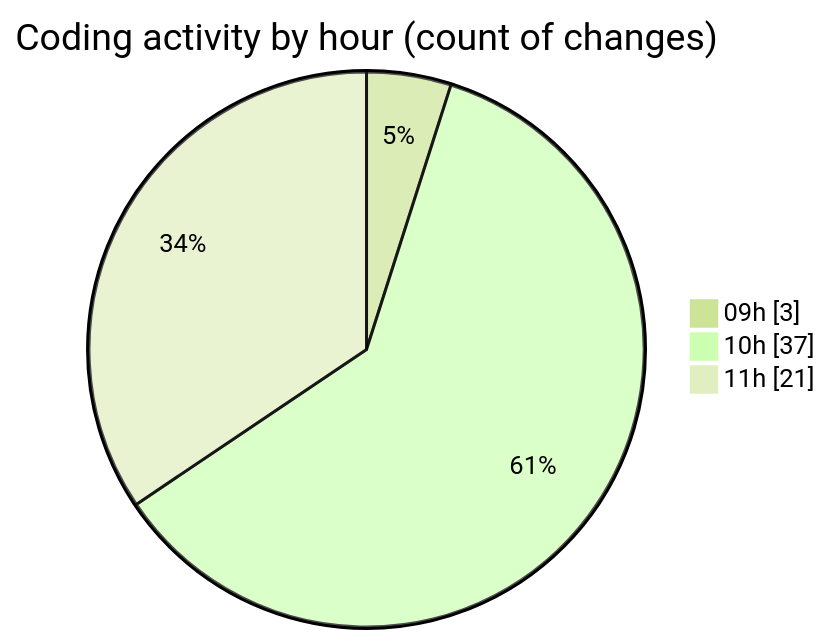
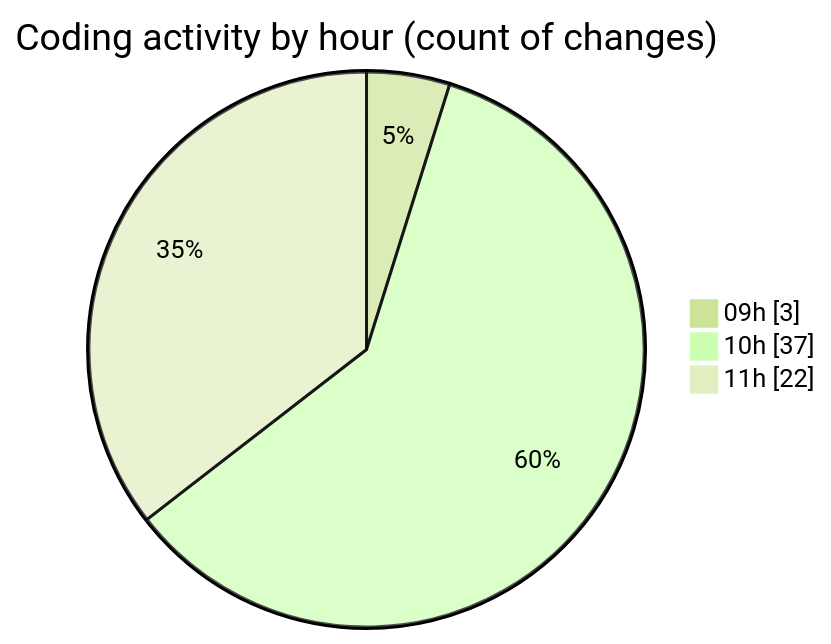
The second of 2 diagrams in 2025-05-02/ecodeli/README.md (CELIANVF/code-tracking), drawn with Mermaid (forest theme) before and after one commit. The commit also changed other lines of this file and 1 other file, not shown here.

````diff
--- a/2025-05-02/ecodeli/README.md
+++ b/2025-05-02/ecodeli/README.md
@@ -57,7 +57,7 @@
 ```mermaid
 pie showData
 title Coding activity by hour (count of changes)
 "09h" : 3
 "10h" : 37
-"11h" : 21
+"11h" : 22
 ```
````
